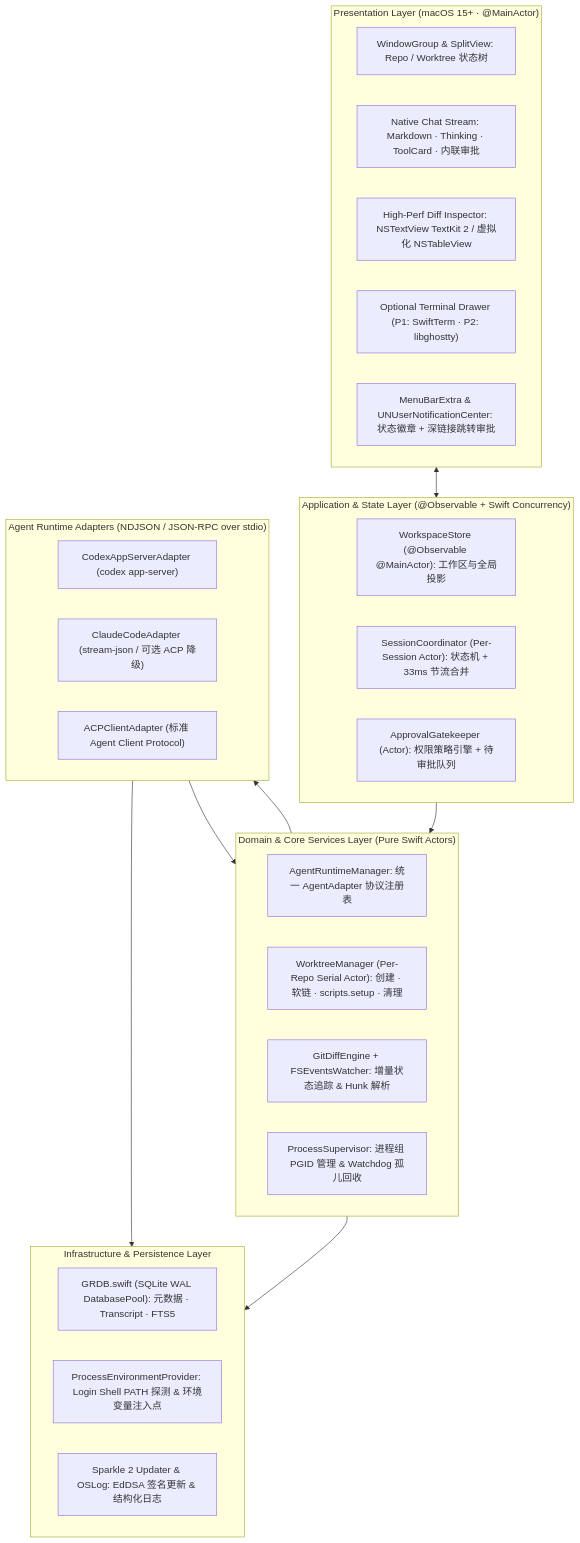
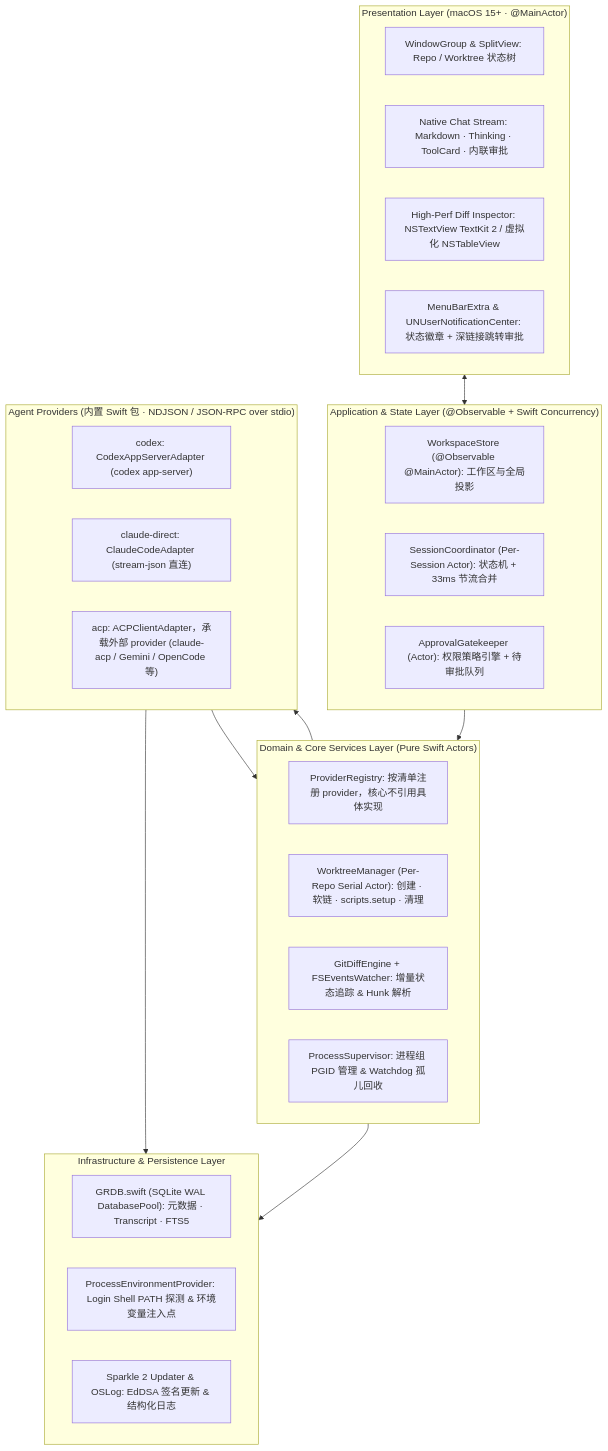
One commit to julytang/Shepherd changed the first of 4 diagrams in docs/02-architecture.md. Above: the diagram before and after it, drawn with Mermaid. The commit also changed other lines of this file and 5 other files, not shown here.

First line of the commit message:
docs: 修订 v3 — Claude 接入定稿、provider 分层、移除终端抽屉与排期

````diff
--- a/docs/02-architecture.md
+++ b/docs/02-architecture.md
@@ -86,47 +85,46 @@
 ```mermaid
 flowchart TB
     subgraph UI["Presentation Layer (macOS 15+ · @MainActor)"]
         direction LR
         Nav["WindowGroup & SplitView: Repo / Worktree 状态树"]
         Chat["Native Chat Stream: Markdown · Thinking · ToolCard · 内联审批"]
         Diff["High-Perf Diff Inspector: NSTextView TextKit 2 / 虚拟化 NSTableView"]
-        Term["Optional Terminal Drawer (P1: SwiftTerm · P2: libghostty)"]
         Menu["MenuBarExtra & UNUserNotificationCenter: 状态徽章 + 深链接跳转审批"]
     end
 
     subgraph State["Application & State Layer (@Observable + Swift Concurrency)"]
         direction LR
         AppStore["WorkspaceStore (@Observable @MainActor): 工作区与全局投影"]
         SessionCoord["SessionCoordinator (Per-Session Actor): 状态机 + 33ms 节流合并"]
         Gatekeeper["ApprovalGatekeeper (Actor): 权限策略引擎 + 待审批队列"]
     end
 
     subgraph Domain["Domain & Core Services Layer (Pure Swift Actors)"]
         direction LR
-        RuntimeMgr["AgentRuntimeManager: 统一 AgentAdapter 协议注册表"]
+        RuntimeMgr["ProviderRegistry: 按清单注册 provider，核心不引用具体实现"]
         WTMgr["WorktreeManager (Per-Repo Serial Actor): 创建 · 软链 · scripts.setup · 清理"]
         DiffEngine["GitDiffEngine + FSEventsWatcher: 增量状态追踪 & Hunk 解析"]
         Supervisor["ProcessSupervisor: 进程组 PGID 管理 & Watchdog 孤儿回收"]
     end
 
-    subgraph Adapters["Agent Runtime Adapters (NDJSON / JSON-RPC over stdio)"]
+    subgraph Adapters["Agent Providers (内置 Swift 包 · NDJSON / JSON-RPC over stdio)"]
         direction LR
-        CodexAdp["CodexAppServerAdapter (codex app-server)"]
-        ClaudeAdp["ClaudeCodeAdapter (stream-json / 可选 ACP 降级)"]
-        ACPAdp["ACPClientAdapter (标准 Agent Client Protocol)"]
+        CodexAdp["codex: CodexAppServerAdapter (codex app-server)"]
+        ClaudeAdp["claude-direct: ClaudeCodeAdapter (stream-json 直连)"]
+        ACPAdp["acp: ACPClientAdapter，承载外部 provider (claude-acp / Gemini / OpenCode 等)"]
     end
 
     subgraph Infra["Infrastructure & Persistence Layer"]
         direction LR
         DB["GRDB.swift (SQLite WAL DatabasePool): 元数据 · Transcript · FTS5"]
         Env["ProcessEnvironmentProvider: Login Shell PATH 探测 & 环境变量注入点"]
         Update["Sparkle 2 Updater & OSLog: EdDSA 签名更新 & 结构化日志"]
     end
 
     UI <--> State
     State --> Domain
     Domain --> Adapters
     Domain --> Infra
     Adapters --> Supervisor
     Adapters --> Env
 ```
````
